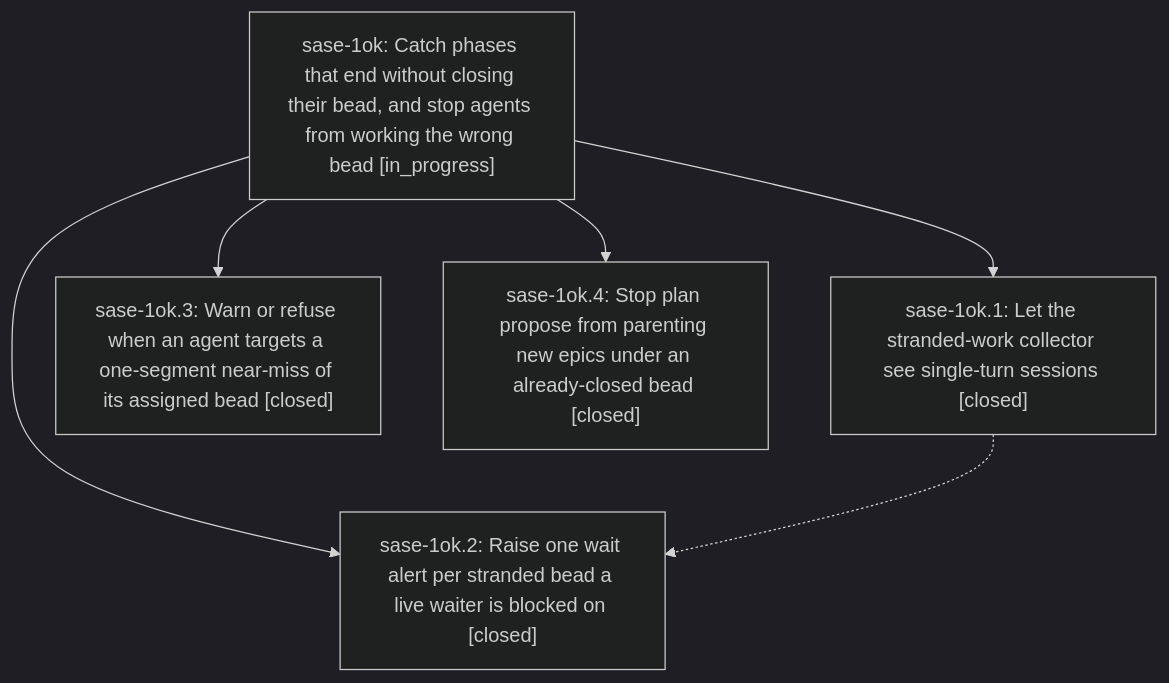
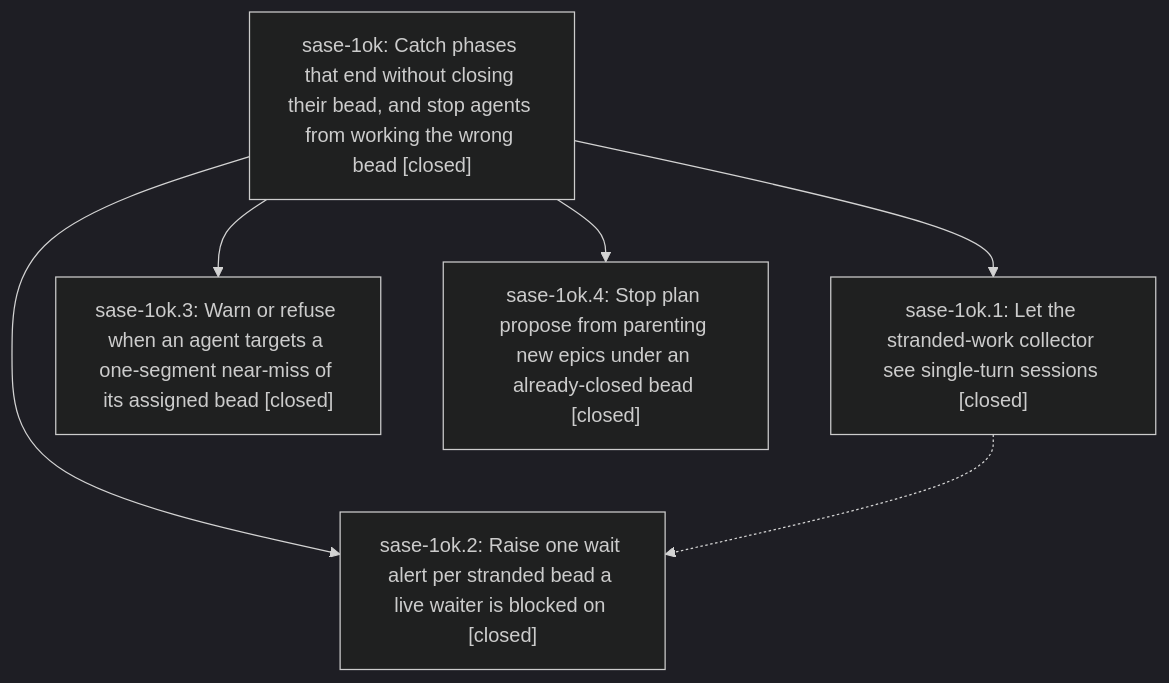
The diagram in pages/sase-1ok/README.md (sase-org/sase--beads), drawn with Mermaid (dark theme) before and after one commit. The commit also changed other lines of this file and 2 other files, not shown here.

First line of the commit message:
chore(beads): sync bead state and pages for sase-1ok

````diff
--- a/pages/sase-1ok/README.md
+++ b/pages/sase-1ok/README.md
@@ -39,13 +61,13 @@
 ```mermaid
 flowchart TD
-    n0["sase-1ok: Catch phases that end without closing their bead, and stop agents from working the wrong bead [in_progress]"]
+    n0["sase-1ok: Catch phases that end without closing their bead, and stop agents from working the wrong bead [closed]"]
     n1["sase-1ok.1: Let the stranded-work collector see single-turn sessions [closed]"]
     n2["sase-1ok.2: Raise one wait alert per stranded bead a live waiter is blocked on [closed]"]
     n3["sase-1ok.3: Warn or refuse when an agent targets a one-segment near-miss of its assigned bead [closed]"]
     n4["sase-1ok.4: Stop plan propose from parenting new epics under an already-closed bead [closed]"]
     n0 --> n1
     n0 --> n2
     n0 --> n3
     n0 --> n4
     n1 -.-> n2
 ```
````
